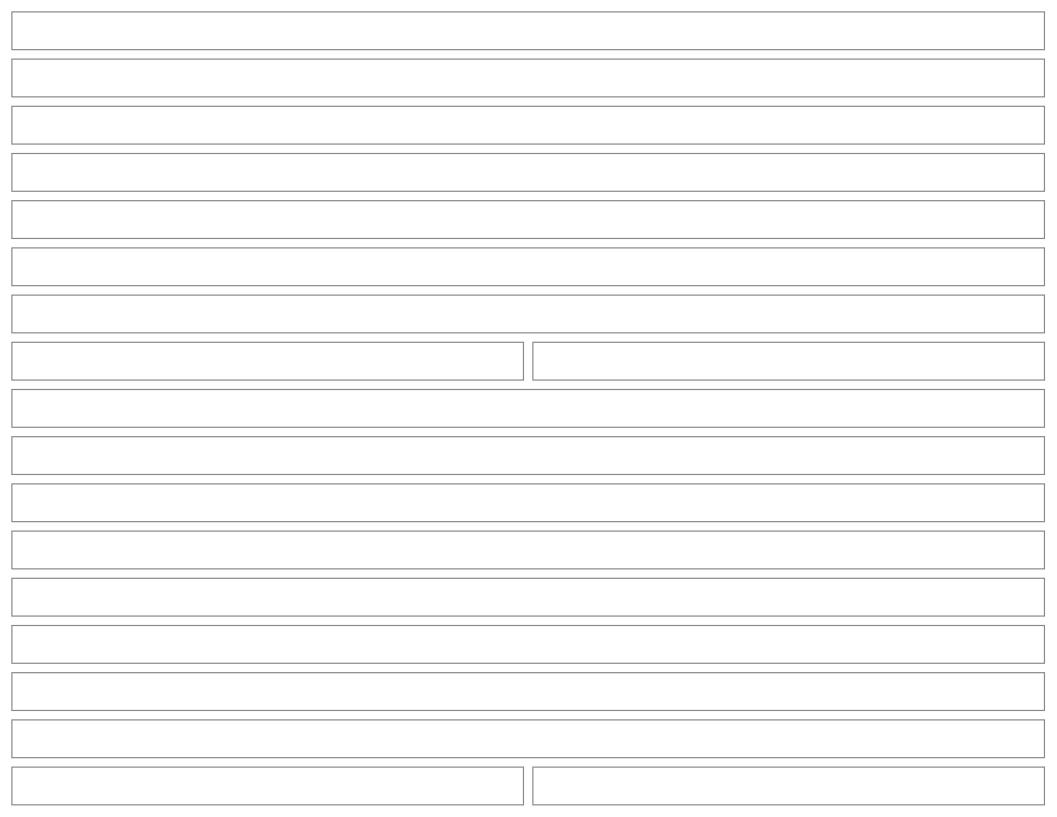
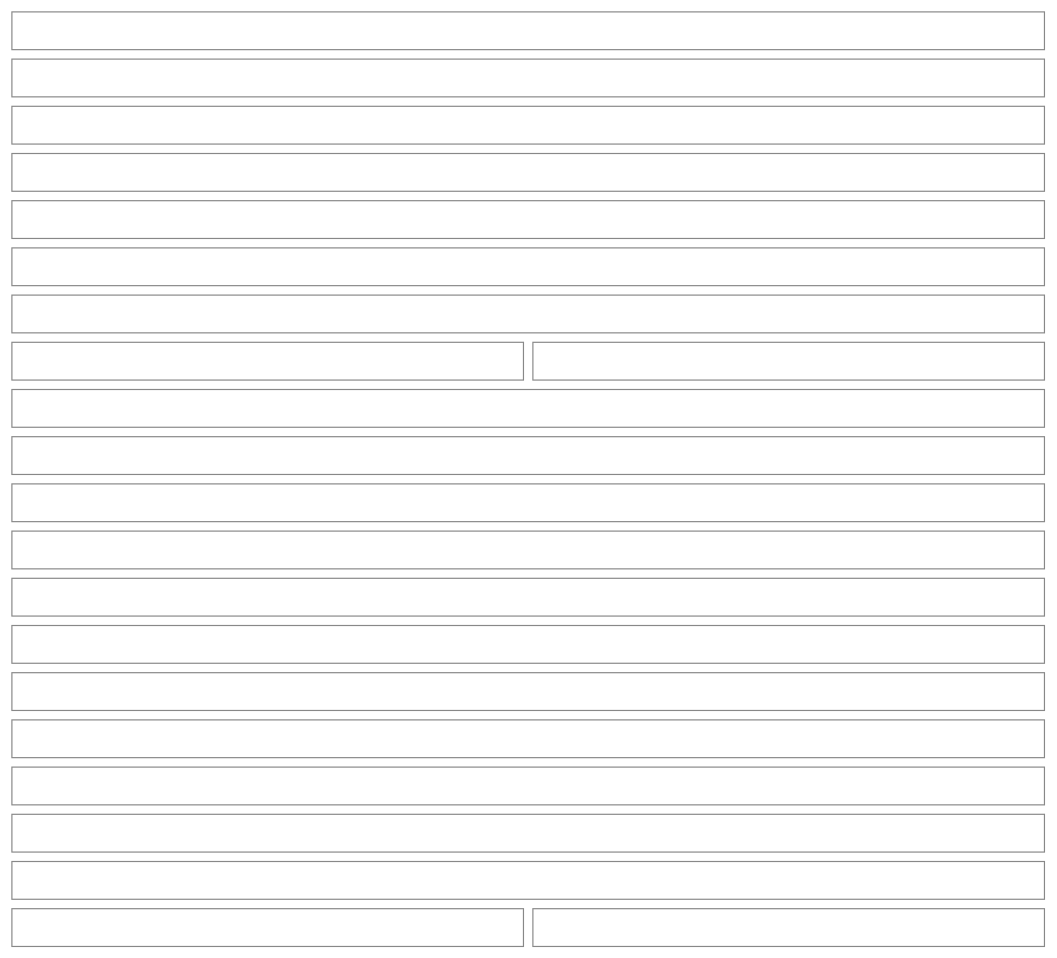
One commit to NovaMoonX/moondreams-dev-apps changed diagram 20 of 49 in src/apps/pinch/UX.md. Above: the diagram before and after it, drawn with Mermaid. The commit also changed other lines of this file and 24 other files, not shown here.

````diff
--- a/src/apps/pinch/UX.md
+++ b/src/apps/pinch/UX.md
@@ -656,43 +662,49 @@
 ```mermaid
 %%{init: {'theme': 'base', 'themeVariables': {'primaryColor': 'transparent', 'primaryBorderColor': '#888888', 'primaryTextColor': '#333333', 'lineColor': '#888888'}}}%%
 block-beta
   columns 2
   T1["Adobo chicken"]:2
   T2["🍽️ 4 servings · 🔪 Prep 10 min · ⏲️ Cook 35 min · 📖 From Serious Eats · ✏️ Last tweaked Oct 6 (only once a tweak exists)"]:2
   T3["✅ Cooked 3 times · last Oct 12 (only once it has been cooked)"]:2
   T4["Cost $12.80 ⚠ · $3.20 per serving"]:2
   T5["🔥 495 · 💪 61g · 🌾 3g · 🥑 25g (when on)"]:2
   T6["2 ingredients need a price · Add prices   ✕"]:2
   T7["INGREDIENTS 6"]:2
   T8["Chicken thighs"]:1
   T9["2 lb"]:1
   T10["STEPS"]:2
   T11["1. Marinate the chicken…"]:2
+  C1["KEEPING IT (only when there is something to say)"]:2
+  C2["🧊 Keeps 3 days in the fridge · ❄️ Keeps 3 months in the freezer"]:2
+  C3["♨️ Reheat: warm it in a covered pan… · 💡 the tip, in your words"]:2
   N1["NOTES 3"]:2
   N2["Add a note · Something to remember next time"]:2
   N3["Oct 11 · Edit · After cooking on Oct 11 · Much better with less vinegar… (More)"]:2
   N4["Changed on Oct 6 · Tweak · Edit · You changed: White vinegar 0.5 → 0.25 cup · the why"]:2
   N5["Sep 30 · Edit · Mom says a splash of… · Written before your Oct 6 tweak"]:2
   N6["Show 7 more (past five entries, when more than three would hide)"]:2
   T12["Modify"]:1
   T13["Add to calendar"]:1
   style T1 fill:transparent,stroke:#888888,stroke-width:1px;
   style T2 fill:transparent,stroke:#888888,stroke-width:1px;
   style T3 fill:transparent,stroke:#888888,stroke-width:1px;
   style T4 fill:transparent,stroke:#888888,stroke-width:1px;
   style T5 fill:transparent,stroke:#888888,stroke-width:1px;
   style T6 fill:transparent,stroke:#888888,stroke-width:1px;
   style T7 fill:transparent,stroke:#888888,stroke-width:1px;
   style T8 fill:transparent,stroke:#888888,stroke-width:1px;
   style T9 fill:transparent,stroke:#888888,stroke-width:1px;
   style T10 fill:transparent,stroke:#888888,stroke-width:1px;
   style T11 fill:transparent,stroke:#888888,stroke-width:1px;
+  style C1 fill:transparent,stroke:#888888,stroke-width:1px;
+  style C2 fill:transparent,stroke:#888888,stroke-width:1px;
+  style C3 fill:transparent,stroke:#888888,stroke-width:1px;
   style T12 fill:transparent,stroke:#888888,stroke-width:1px;
   style T13 fill:transparent,stroke:#888888,stroke-width:1px;
   style N1 fill:transparent,stroke:#888888,stroke-width:1px;
   style N2 fill:transparent,stroke:#888888,stroke-width:1px;
   style N3 fill:transparent,stroke:#888888,stroke-width:1px;
   style N4 fill:transparent,stroke:#888888,stroke-width:1px;
   style N5 fill:transparent,stroke:#888888,stroke-width:1px;
   style N6 fill:transparent,stroke:#888888,stroke-width:1px;
 ```
````
